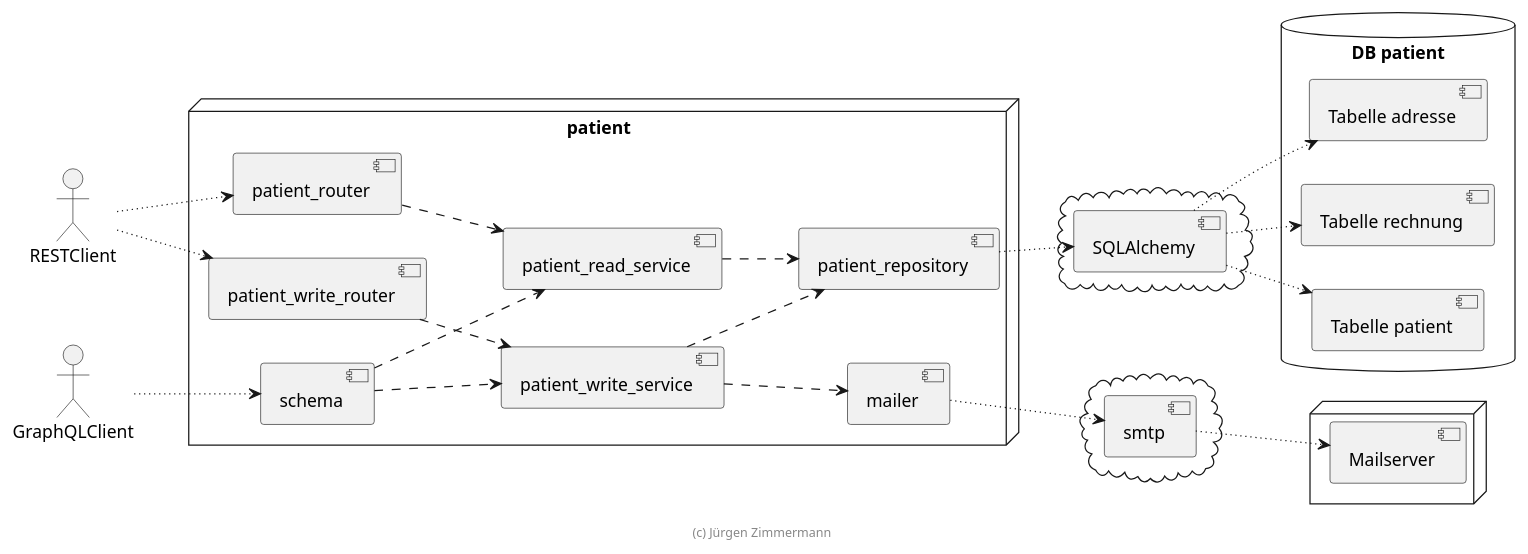
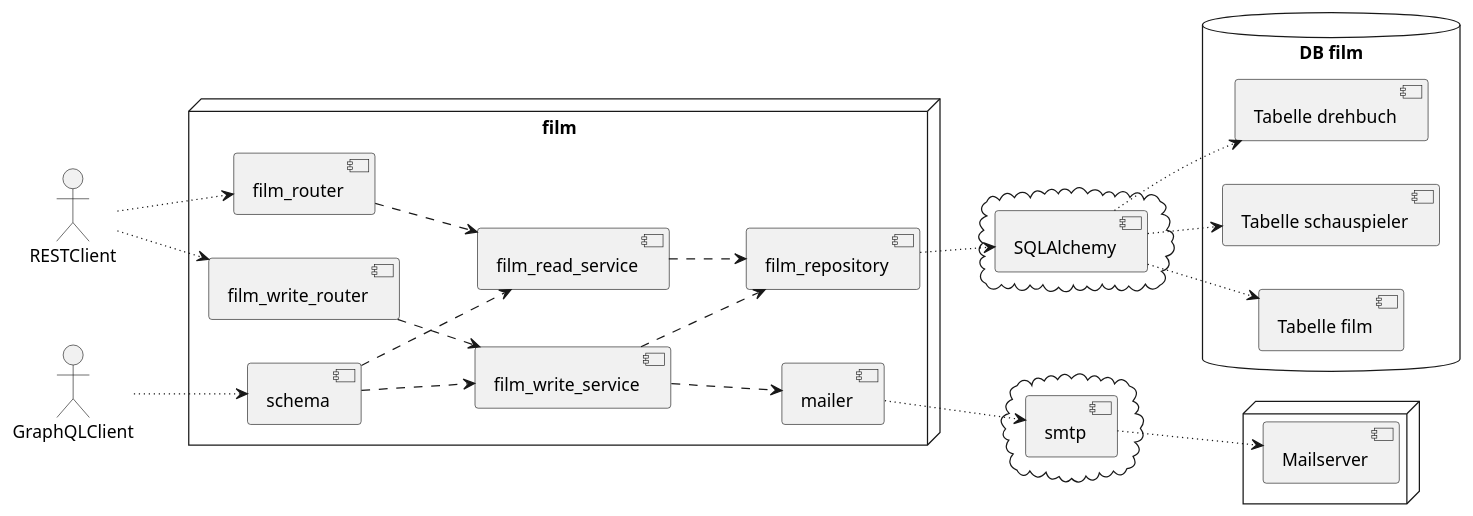
One commit to moritzbsnr/swe-gruppenarbeit changed the diagram in docs/diagramme/src/komponenten.plantuml. Above: the diagram before and after it, drawn with PlantUML. The commit also changed 4 other files, not shown here.

First line of the commit message:
UML und pyproject.toml

```diff
--- a/docs/diagramme/src/komponenten.plantuml
+++ b/docs/diagramme/src/komponenten.plantuml
@@ -18,62 +18,60 @@
 @startuml Komponenten
 
 left to right direction
 
 actor RESTClient
 actor GraphQLClient
 
-node "patient" {
-  [patient_router]
-  [patient_write_router]
+node "film" {
+  [film_router]
+  [film_write_router]
   [schema]
 
-  [patient_read_service]
-  [patient_write_service]
+  [film_read_service]
+  [film_write_service]
 
-  [patient_repository]
+  [film_repository]
 
   [mailer]
 }
 
 
 cloud {
     [SQLAlchemy]
 }
 
 cloud {
     [smtp]
 }
 
-database "DB patient" {
-    [Tabelle patient]
-    [Tabelle adresse]
-    [Tabelle rechnung]
+database "DB film" {
+    [Tabelle film]
+    [Tabelle drehbuch]
+    [Tabelle schauspieler]
 }
 
 node {
     [Mailserver]
 }
 
-RESTClient ~~> [patient_router]
-RESTClient ~~> [patient_write_router]
+RESTClient ~~> [film_router]
+RESTClient ~~> [film_write_router]
 GraphQLClient ~~> [schema]
 
-[patient_router] ..> [patient_read_service]
-[patient_write_router] ..> [patient_write_service]
-[schema] ..> [patient_read_service]
-[schema] ..> [patient_write_service]
-[patient_read_service] ..> [patient_repository]
-[patient_write_service] ..> [patient_repository]
+[film_router] ..> [film_read_service]
+[film_write_router] ..> [film_write_service]
+[schema] ..> [film_read_service]
+[schema] ..> [film_write_service]
+[film_read_service] ..> [film_repository]
+[film_write_service] ..> [film_repository]
 
-[patient_repository] ~~> [SQLAlchemy]
-[SQLAlchemy] ~~> [Tabelle patient]
-[SQLAlchemy] ~~> [Tabelle adresse]
-[SQLAlchemy] ~~> [Tabelle rechnung]
+[film_repository] ~~> [SQLAlchemy]
+[SQLAlchemy] ~~> [Tabelle film]
+[SQLAlchemy] ~~> [Tabelle drehbuch]
+[SQLAlchemy] ~~> [Tabelle schauspieler]
 
-[patient_write_service] ..> [mailer]
+[film_write_service] ..> [mailer]
 [mailer] ~~> [smtp]
 [smtp] ~~> [Mailserver]
 
-footer (c) Jürgen Zimmermann
-
 @enduml
```
